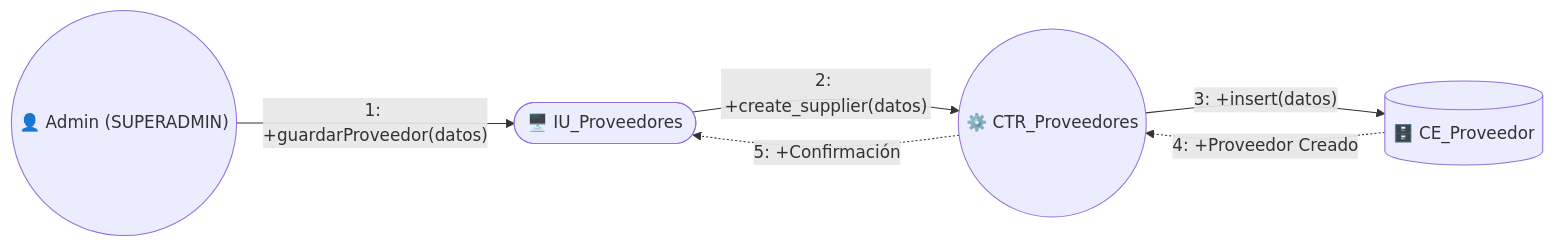
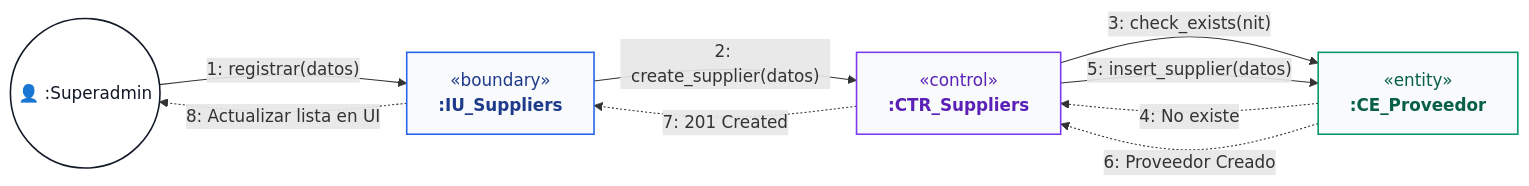
Before and after one commit to jc-larry/ecommerce: diagram 16 of 53 in documentos/Ciclo1.md, drawn with Mermaid. The commit also changed other lines of this file and 148 other files, not shown here.

````diff
--- a/documentos/Ciclo1.md
+++ b/documentos/Ciclo1.md
@@ -985,13 +1036,22 @@
 ```mermaid
 flowchart LR
-    Actor(("👤 Admin (SUPERADMIN)"))
-    IU(["🖥️ IU_Proveedores"])
-    CTR(("⚙️ CTR_Proveedores"))
-    ENT[("🗄️ CE_Proveedor")]
+    classDef actorStyle fill:#ffffff,stroke:#111827,stroke-width:1.5px,color:#111827;
+    classDef boundaryStyle fill:#f9fafb,stroke:#2563eb,stroke-width:1.5px,color:#1e3a8a;
+    classDef controlStyle fill:#f9fafb,stroke:#7c3aed,stroke-width:1.5px,color:#5b21b6;
+    classDef entityStyle fill:#f9fafb,stroke:#059669,stroke-width:1.5px,color:#065f46;
+    classDef externalStyle fill:#f9fafb,stroke:#d97706,stroke-width:1.5px,color:#92400e;
 
-    Actor -- "1: +guardarProveedor(datos)" --> IU
-    IU -- "2: +create_supplier(datos)" --> CTR
-    CTR -- "3: +insert(datos)" --> ENT
-    ENT -. "4: +Proveedor Creado" .-> CTR
-    CTR -. "5: +Confirmación" .-> IU
+    A(("👤 :Superadmin")):::actorStyle
+    IU["&laquo;boundary&raquo;<br/><b>:IU_Suppliers</b>"]:::boundaryStyle
+    CTR["&laquo;control&raquo;<br/><b>:CTR_Suppliers</b>"]:::controlStyle
+    CE_S["&laquo;entity&raquo;<br/><b>:CE_Proveedor</b>"]:::entityStyle
+
+    A -- "1: registrar(datos)" --> IU
+    IU -- "2: create_supplier(datos)" --> CTR
+    CTR -- "3: check_exists(nit)" --> CE_S
+    CE_S -. "4: No existe" .-> CTR
+    CTR -- "5: insert_supplier(datos)" --> CE_S
+    CE_S -. "6: Proveedor Creado" .-> CTR
+    CTR -. "7: 201 Created" .-> IU
+    IU -. "8: Actualizar lista en UI" .-> A
 ```
````
